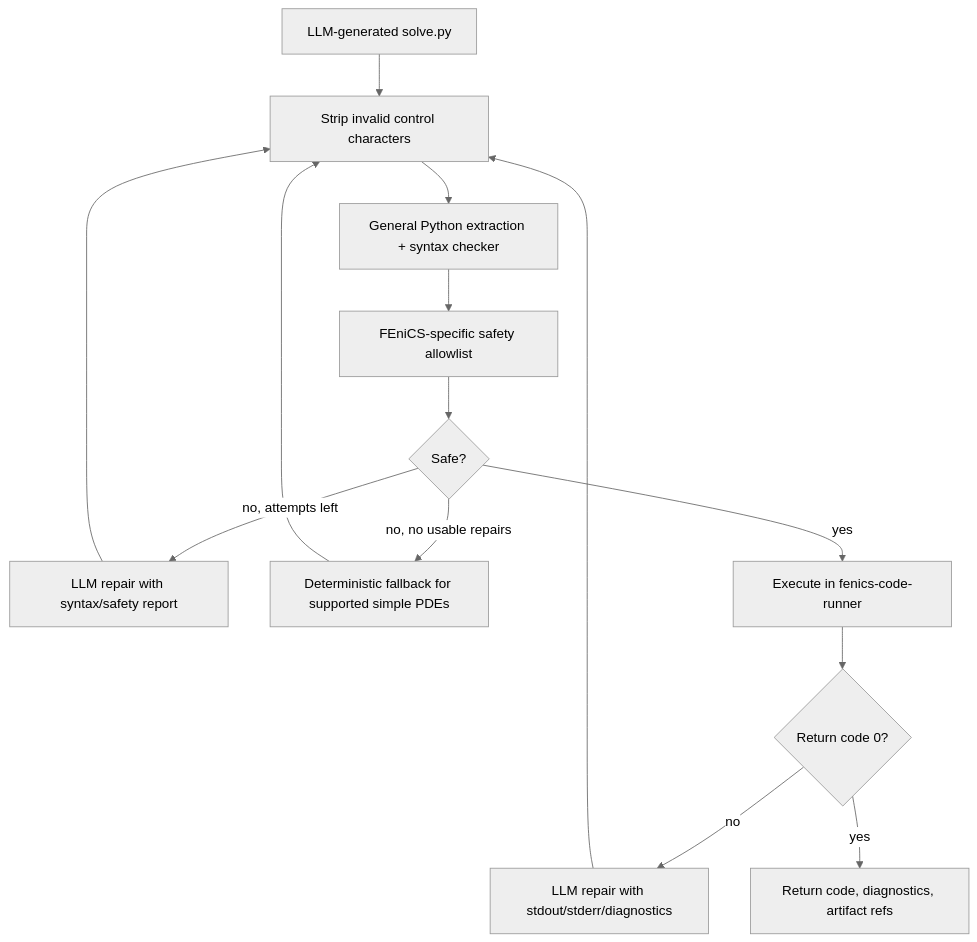
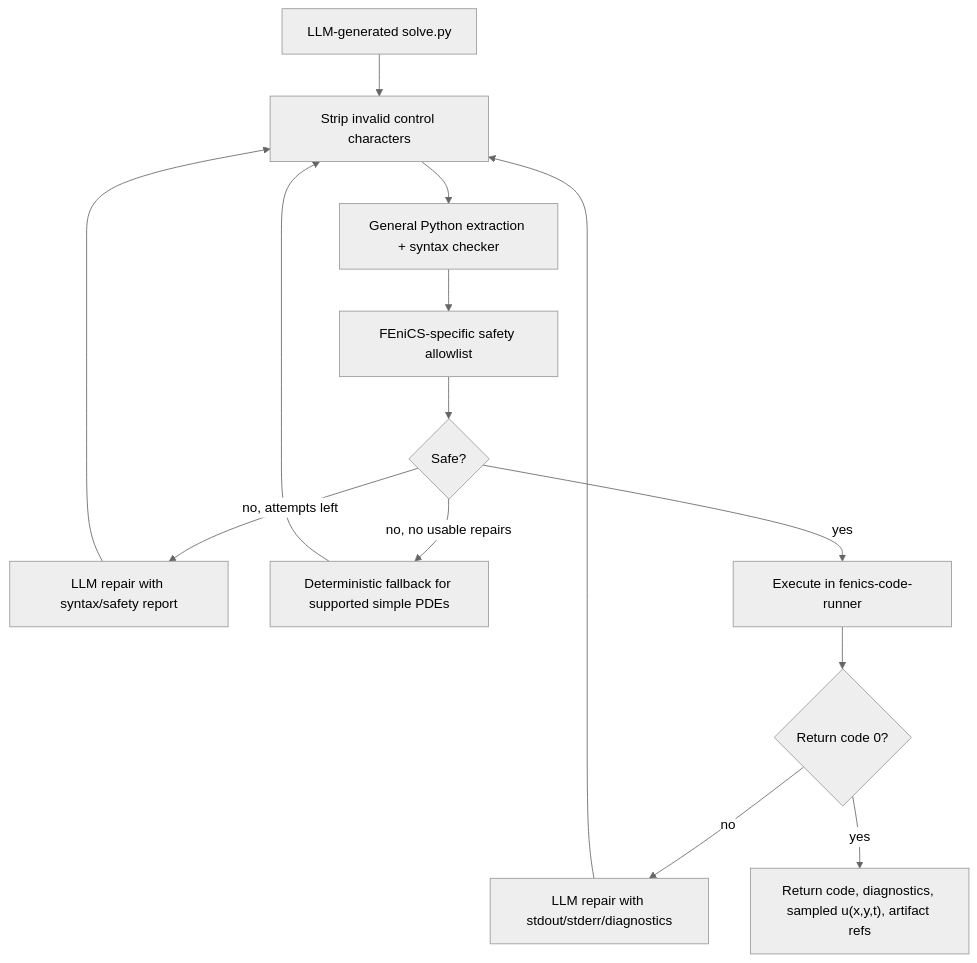
The fifth of 5 diagrams in langgraph/architecture.md (RadmirG/AES), drawn with Mermaid (neutral theme) before and after one commit. The commit also changed other lines of this file and 10 other files, not shown here.

````diff
--- a/langgraph/architecture.md
+++ b/langgraph/architecture.md
@@ -156,16 +156,16 @@
 ```mermaid
 flowchart TD
     A["LLM-generated solve.py"] --> B["Strip invalid control characters"]
     B --> C["General Python extraction + syntax checker"]
     C --> D["FEniCS-specific safety allowlist"]
     D --> E{"Safe?"}
     E -->|no, attempts left| F["LLM repair with syntax/safety report"]
     F --> B
     E -->|no, no usable repairs| G["Deterministic fallback for supported simple PDEs"]
     G --> B
     E -->|yes| H["Execute in fenics-code-runner"]
     H --> I{"Return code 0?"}
     I -->|no| J["LLM repair with stdout/stderr/diagnostics"]
     J --> B
-    I -->|yes| K["Return code, diagnostics, artifact refs"]
+    I -->|yes| K["Return code, diagnostics, sampled u(x,y,t), artifact refs"]
 ```
````
